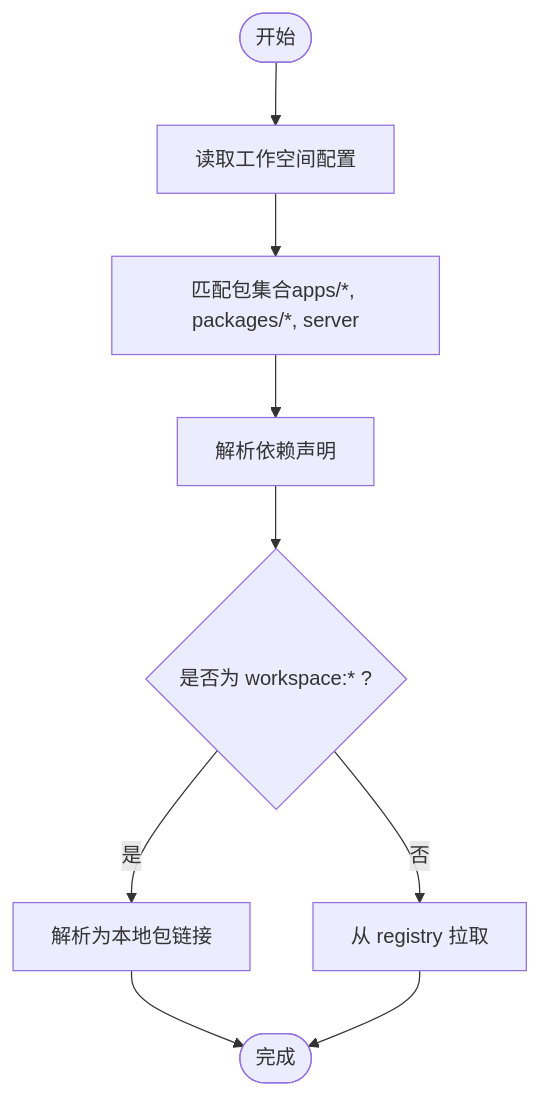
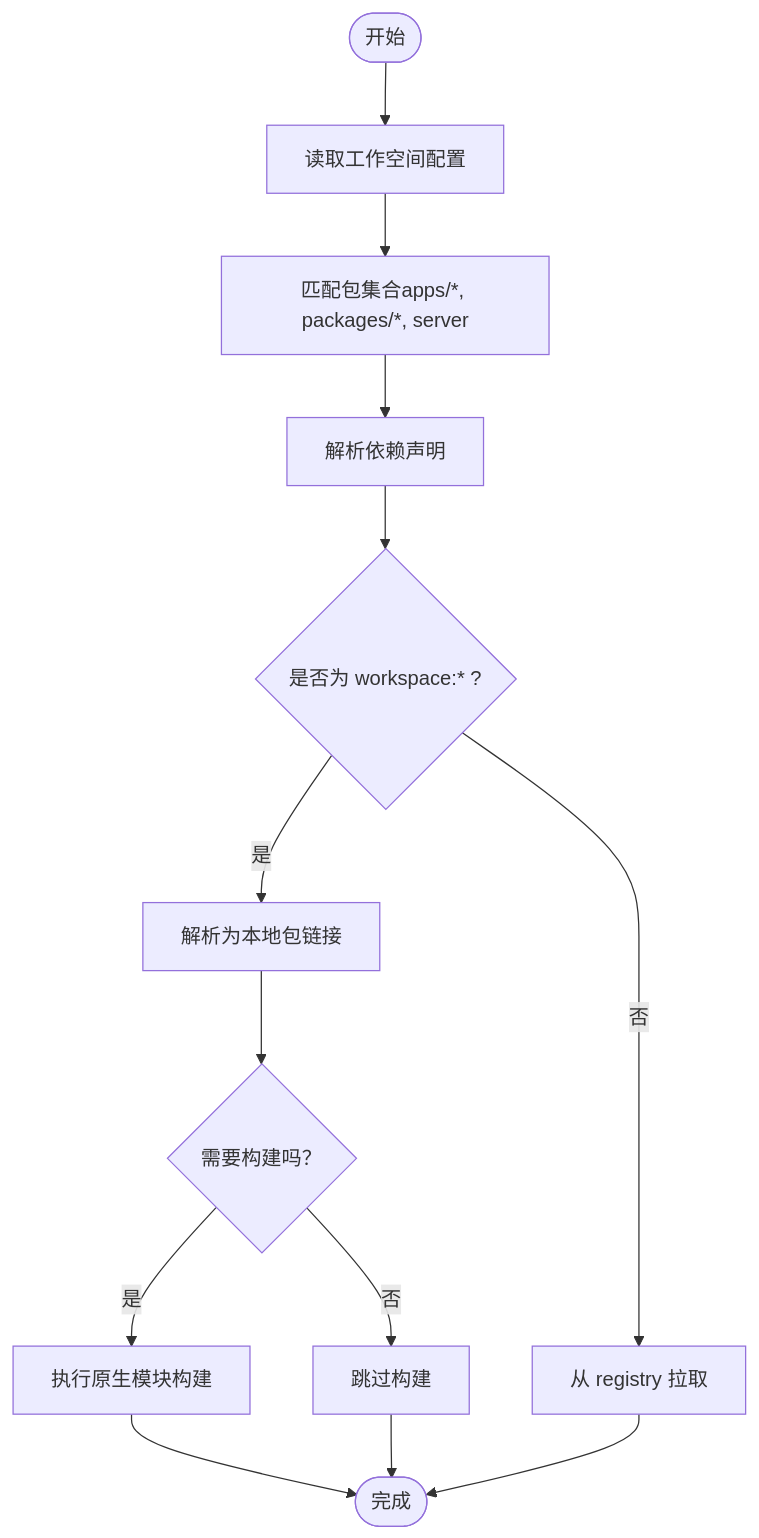
The third of 7 diagrams in .qoder/repowiki/zh/content/配置管理/包管理配置.md (LihaoZDB/English-Study), drawn with Mermaid before and after one commit. The commit also changed other lines of this file and 6 other files, not shown here.

````diff
--- a/.qoder/repowiki/zh/content/配置管理/包管理配置.md
+++ b/.qoder/repowiki/zh/content/配置管理/包管理配置.md
@@ -119,11 +136,15 @@
 ```mermaid
 flowchart TD
 Start(["开始"]) --> ReadWS["读取工作空间配置"]
 ReadWS --> MatchPkgs["匹配包集合apps/*, packages/*, server"]
 MatchPkgs --> ResolveDeps["解析依赖声明"]
 ResolveDeps --> WSLink{"是否为 workspace:* ?"}
 WSLink --> |是| LinkLocal["解析为本地包链接"]
 WSLink --> |否| FetchRemote["从 registry 拉取"]
-LinkLocal --> Done(["完成"])
+LinkLocal --> BuildCheck{"需要构建吗？"}
+BuildCheck --> |是| RunBuild["执行原生模块构建"]
+BuildCheck --> |否| SkipBuild["跳过构建"]
+RunBuild --> Done(["完成"])
+SkipBuild --> Done
 FetchRemote --> Done
 ```
````
